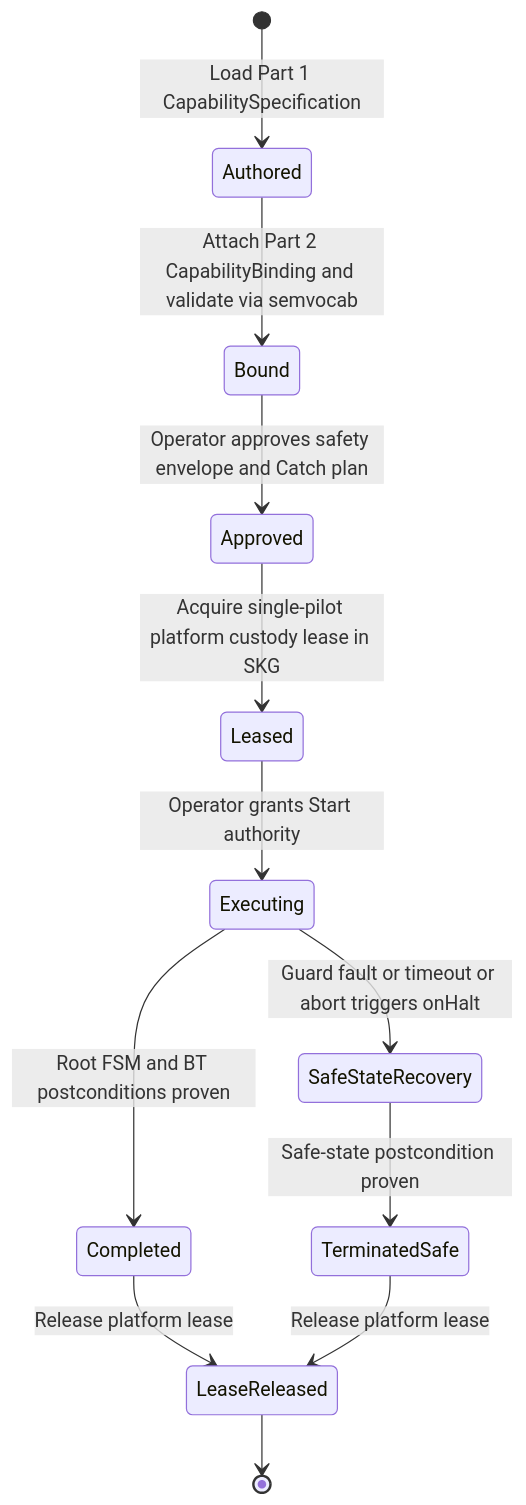
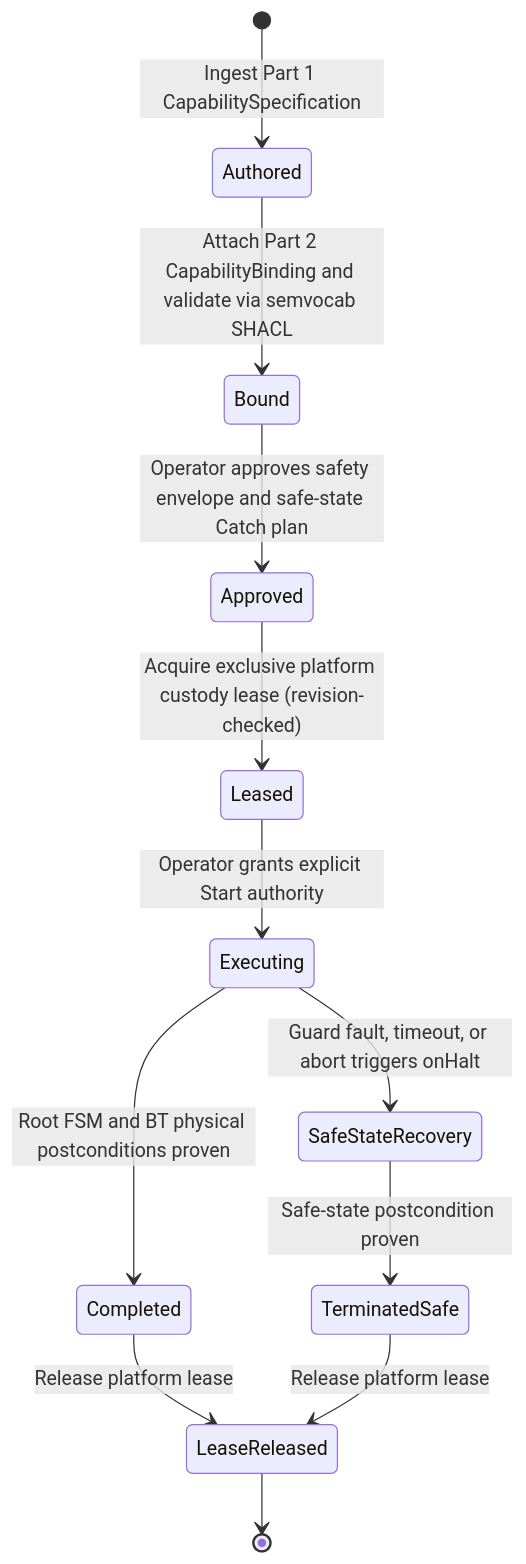
One commit to cam-s-hunt/autonomyml changed the second of 4 diagrams in docs/research/reference-runtime-module-boundaries.md. Above: the diagram before and after it, drawn with Mermaid. The commit also changed other lines of this file and 1 other file, not shown here.

````diff
--- a/docs/research/reference-runtime-module-boundaries.md
+++ b/docs/research/reference-runtime-module-boundaries.md
@@ -110,16 +113,16 @@
 ```mermaid
 stateDiagram-v2
-    [*] --> Authored: Load Part 1 CapabilitySpecification
-    Authored --> Bound: Attach Part 2 CapabilityBinding and validate via semvocab
-    Bound --> Approved: Operator approves safety envelope and Catch plan
-    Approved --> Leased: Acquire single-pilot platform custody lease in SKG
-    Leased --> Executing: Operator grants Start authority
+    [*] --> Authored: Ingest Part 1 CapabilitySpecification
+    Authored --> Bound: Attach Part 2 CapabilityBinding and validate via semvocab SHACL
+    Bound --> Approved: Operator approves safety envelope and safe-state Catch plan
+    Approved --> Leased: Acquire exclusive platform custody lease (revision-checked)
+    Leased --> Executing: Operator grants explicit Start authority
 
-    Executing --> Completed: Root FSM and BT postconditions proven
-    Executing --> SafeStateRecovery: Guard fault or timeout or abort triggers onHalt
+    Executing --> Completed: Root FSM and BT physical postconditions proven
+    Executing --> SafeStateRecovery: Guard fault, timeout, or abort triggers onHalt
     SafeStateRecovery --> TerminatedSafe: Safe-state postcondition proven
 
     Completed --> LeaseReleased: Release platform lease
     TerminatedSafe --> LeaseReleased: Release platform lease
     LeaseReleased --> [*]
 ```
````
